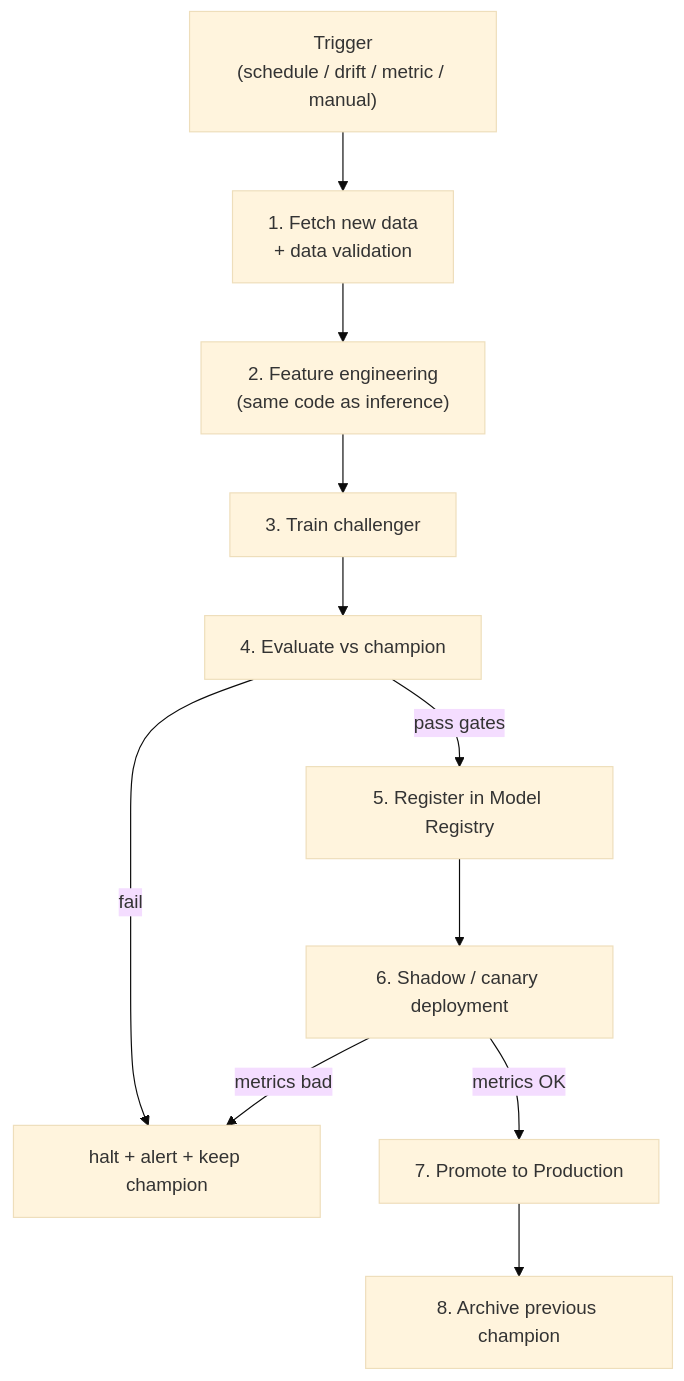
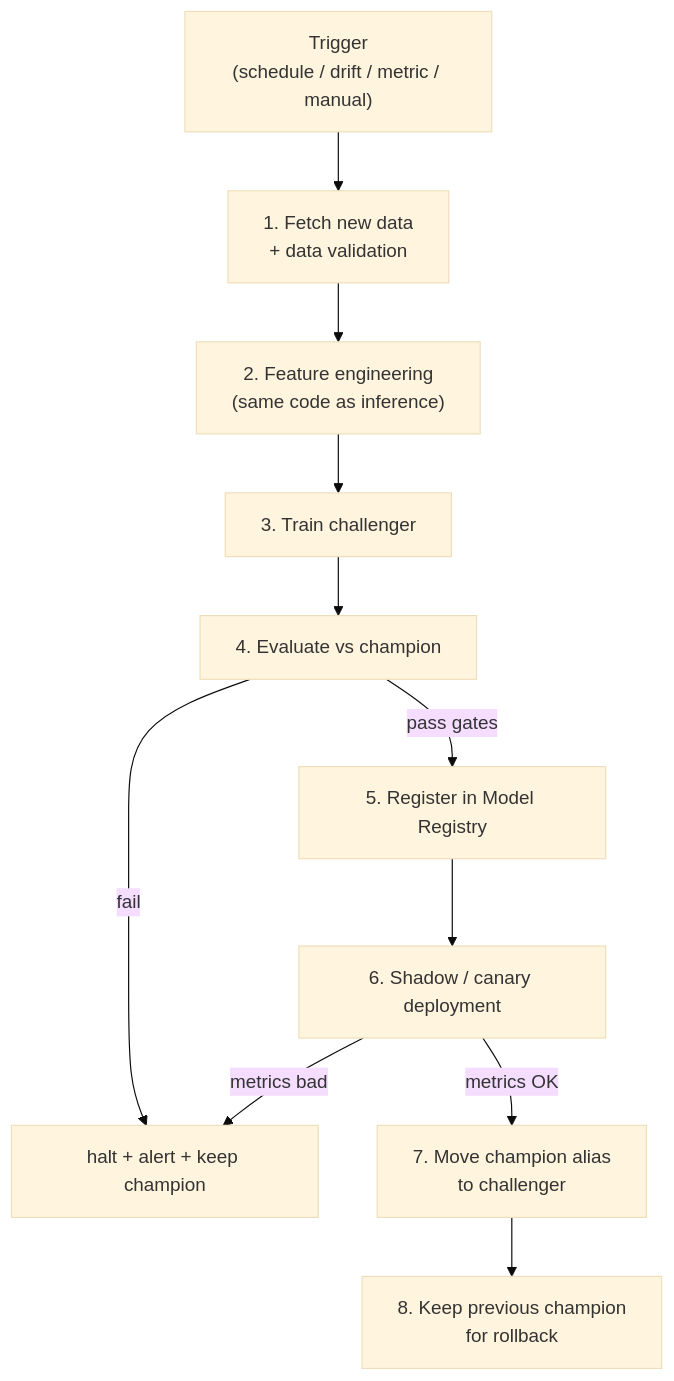
Before and after one commit to nao1215/debimate: the diagram in projects/ml/notes/mlops/retraining-pipeline/index.md, drawn with Mermaid (base theme). The commit also changed other lines of this file, not shown here.

Commit message:
docs(ml): fix factual errors in the retraining-pipeline note found by a blind read
Claude-Session: https://claude.ai/code/session_01YUxqecMZen2uvfTdKQk7zM

````diff
--- a/projects/ml/notes/mlops/retraining-pipeline/index.md
+++ b/projects/ml/notes/mlops/retraining-pipeline/index.md
@@ -30,13 +30,13 @@
 ```mermaid
 graph TD
     A["Trigger<br/>(schedule / drift / metric / manual)"] --> B["1. Fetch new data<br/>+ data validation"]
     B --> C["2. Feature engineering<br/>(same code as inference)"]
     C --> D["3. Train challenger"]
     D --> E["4. Evaluate vs champion"]
     E -->|"pass gates"| F["5. Register in Model Registry"]
     E -->|"fail"| Z["halt + alert + keep champion"]
     F --> G["6. Shadow / canary deployment"]
-    G -->|"metrics OK"| H["7. Promote to Production"]
+    G -->|"metrics OK"| H["7. Move champion alias<br/>to challenger"]
     G -->|"metrics bad"| Z
-    H --> I["8. Archive previous champion"]
+    H --> I["8. Keep previous champion<br/>for rollback"]
 ```
````
